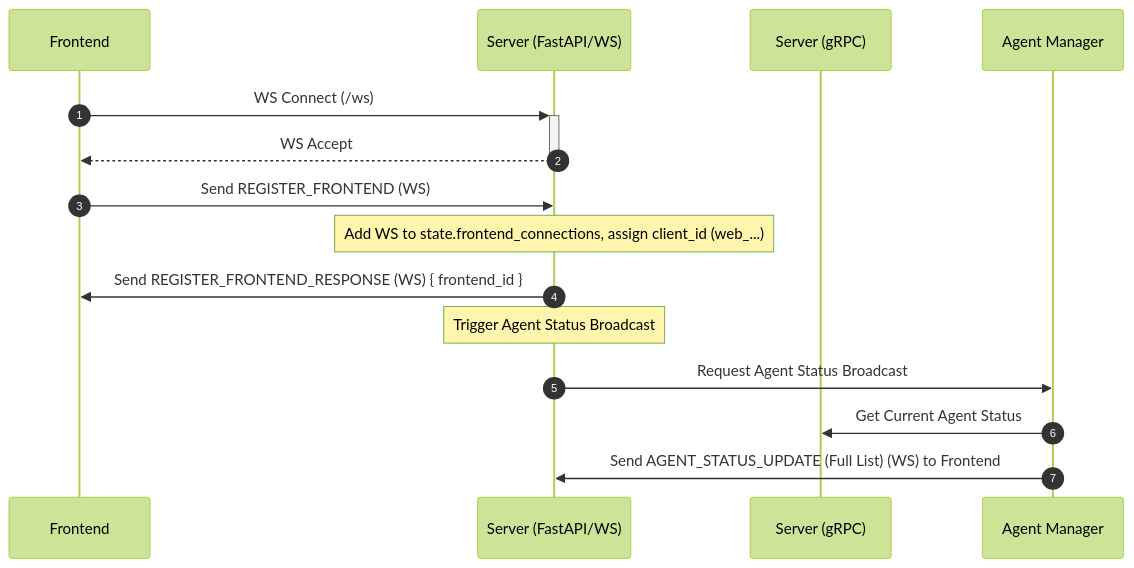
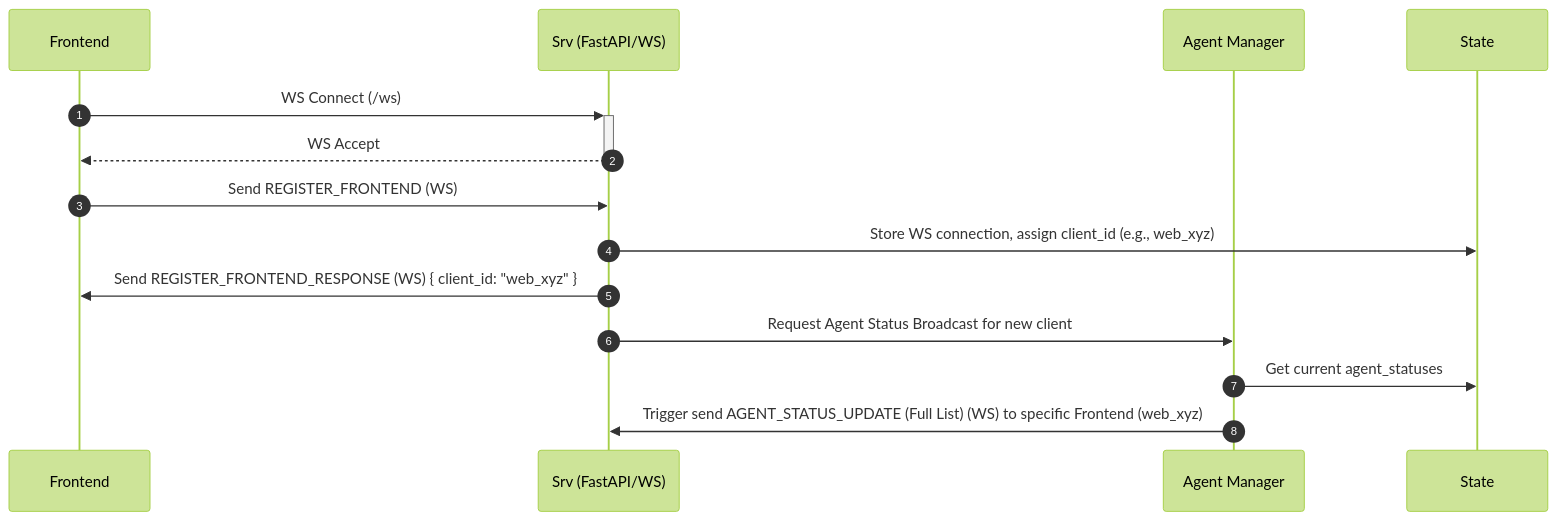
The first of 5 diagrams in server/README.md (jt-f/community), drawn with Mermaid (forest theme) before and after one commit. The commit also changed other lines of this file and 5 other files, not shown here.

````diff
--- a/server/README.md
+++ b/server/README.md
@@ -93,18 +96,17 @@
 ```mermaid
 sequenceDiagram
     autonumber
-    participant Frontend as Frontend
-    participant Srv as Server (FastAPI/WS)
-    participant SrvGRPC as Server (gRPC)
+    participant Frontend
+    participant SrvWS as Srv (FastAPI/WS)
     participant AgentMgr as Agent Manager
+    participant State
 
-    Frontend->>+Srv: WS Connect (/ws)
-    Srv-->>-Frontend: WS Accept
-    Frontend->>Srv: Send REGISTER_FRONTEND (WS)
-    Note over Srv: Add WS to state.frontend_connections, assign client_id (web_...)
-    Srv->>Frontend: Send REGISTER_FRONTEND_RESPONSE (WS) { frontend_id }
-    Note over Srv: Trigger Agent Status Broadcast
-    Srv->>AgentMgr: Request Agent Status Broadcast
-    AgentMgr->>SrvGRPC: Get Current Agent Status
-    AgentMgr->>Srv: Send AGENT_STATUS_UPDATE (Full List) (WS) to Frontend
+    Frontend->>+SrvWS: WS Connect (/ws)
+    SrvWS-->>-Frontend: WS Accept
+    Frontend->>SrvWS: Send REGISTER_FRONTEND (WS)
+    SrvWS->>State: Store WS connection, assign client_id (e.g., web_xyz)
+    SrvWS->>Frontend: Send REGISTER_FRONTEND_RESPONSE (WS) { client_id: "web_xyz" }
+    SrvWS->>AgentMgr: Request Agent Status Broadcast for new client
+    AgentMgr->>State: Get current agent_statuses
+    AgentMgr->>SrvWS: Trigger send AGENT_STATUS_UPDATE (Full List) (WS) to specific Frontend (web_xyz)
 ```
````
